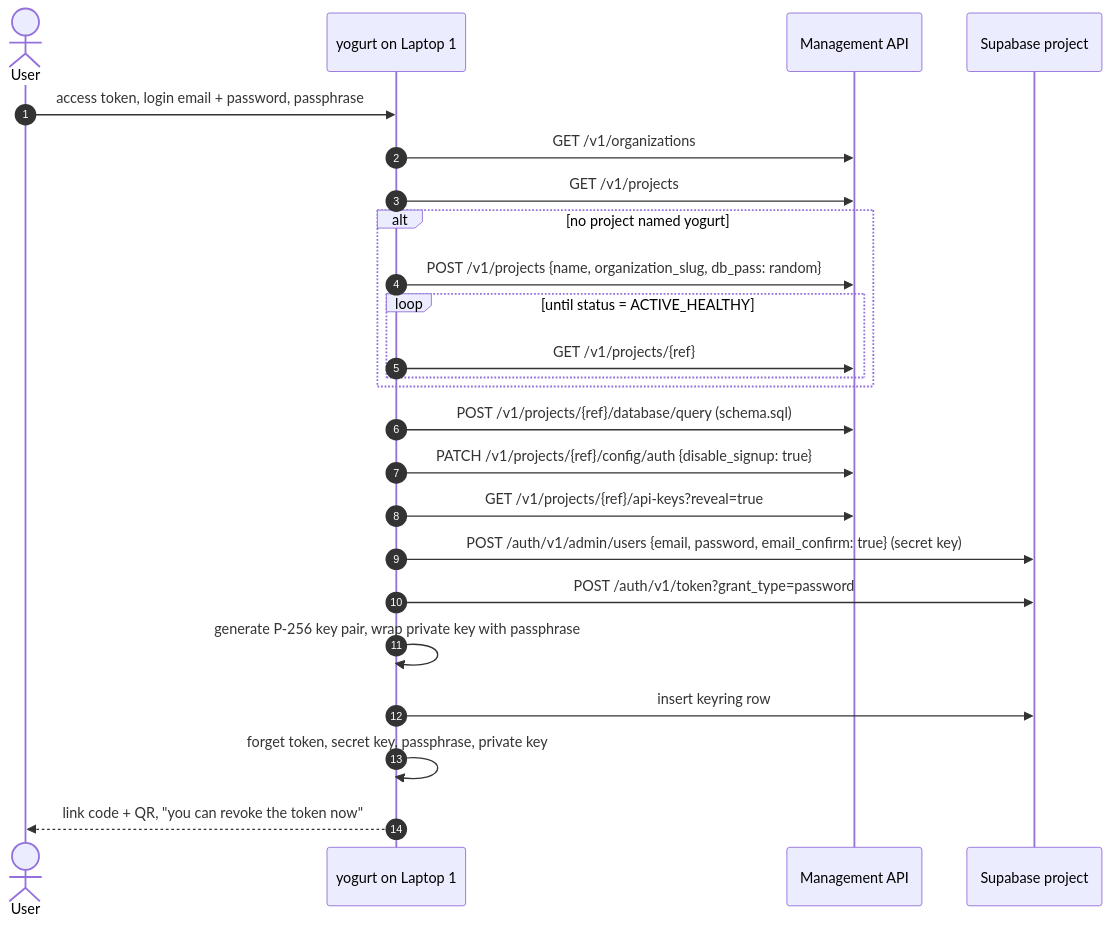
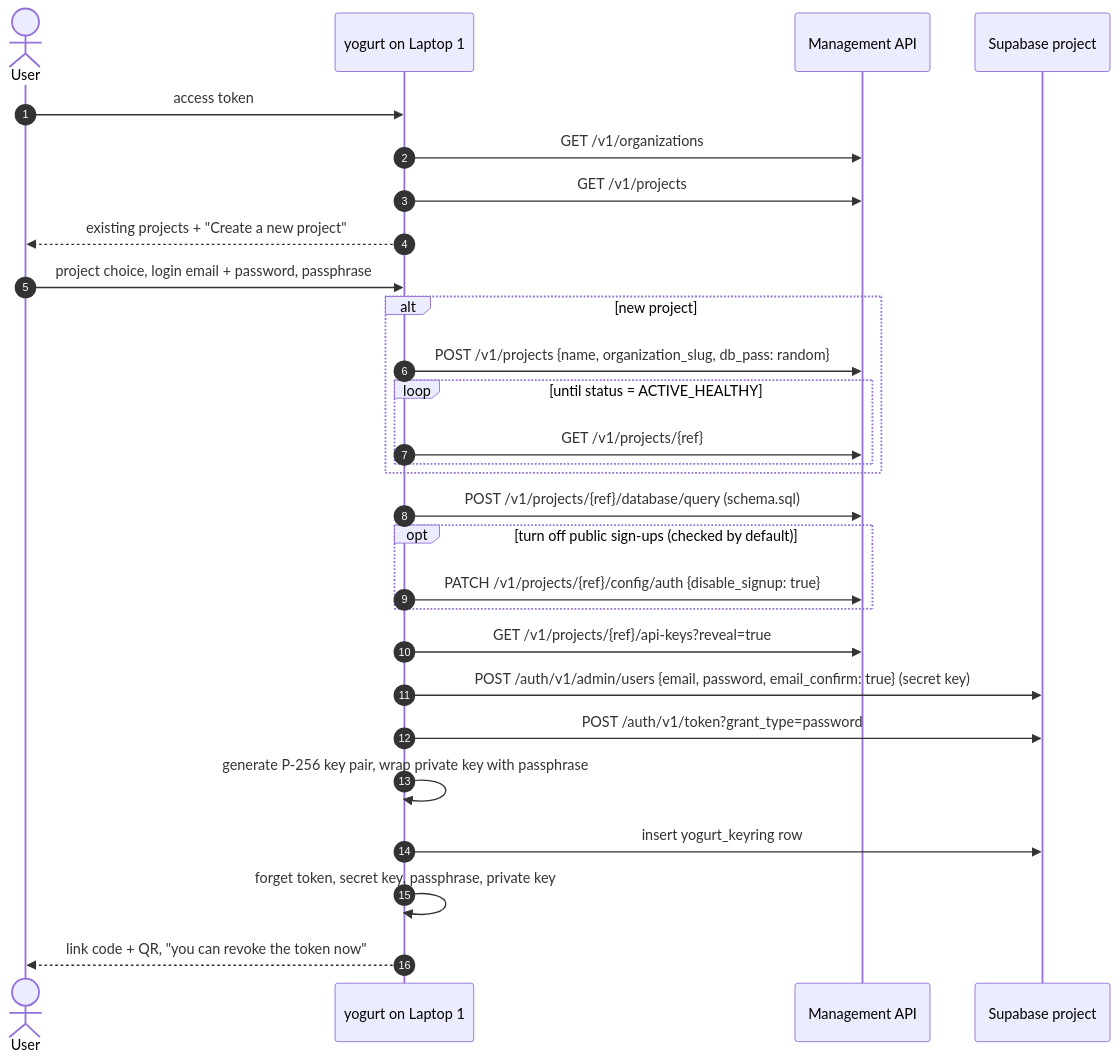
The second of 5 diagrams in docs/.planning/sync-cloud-mirror-design.md (jarvisrchen/yogurt), drawn with Mermaid before and after one commit. The commit also changed other lines of this file and 2 other files, not shown here.

Commit message:
docs: SYNC-1 design with versioned pushes, project reuse, and settled open questions

````diff
--- a/docs/.planning/sync-cloud-mirror-design.md
+++ b/docs/.planning/sync-cloud-mirror-design.md
@@ -151,27 +194,31 @@
 ```mermaid
 sequenceDiagram
   autonumber
   actor U as User
   participant Y as yogurt on Laptop 1
   participant M as Management API
   participant P as Supabase project
 
-  U->>Y: access token, login email + password, passphrase
+  U->>Y: access token
   Y->>M: GET /v1/organizations
   Y->>M: GET /v1/projects
-  alt no project named yogurt
+  Y-->>U: existing projects + "Create a new project"
+  U->>Y: project choice, login email + password, passphrase
+  alt new project
     Y->>M: POST /v1/projects {name, organization_slug, db_pass: random}
     loop until status = ACTIVE_HEALTHY
       Y->>M: GET /v1/projects/{ref}
     end
   end
   Y->>M: POST /v1/projects/{ref}/database/query (schema.sql)
-  Y->>M: PATCH /v1/projects/{ref}/config/auth {disable_signup: true}
+  opt turn off public sign-ups (checked by default)
+    Y->>M: PATCH /v1/projects/{ref}/config/auth {disable_signup: true}
+  end
   Y->>M: GET /v1/projects/{ref}/api-keys?reveal=true
   Y->>P: POST /auth/v1/admin/users {email, password, email_confirm: true} (secret key)
   Y->>P: POST /auth/v1/token?grant_type=password
   Y->>Y: generate P-256 key pair, wrap private key with passphrase
-  Y->>P: insert keyring row
+  Y->>P: insert yogurt_keyring row
   Y->>Y: forget token, secret key, passphrase, private key
   Y-->>U: link code + QR, "you can revoke the token now"
 ```
````
